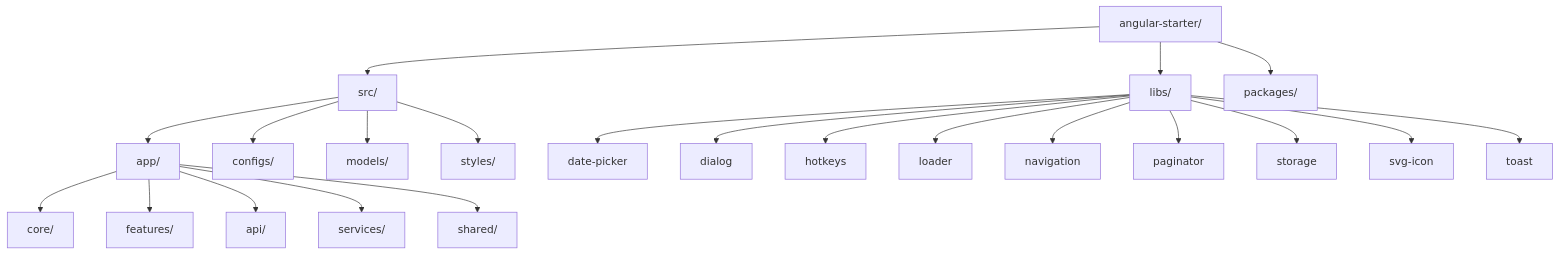
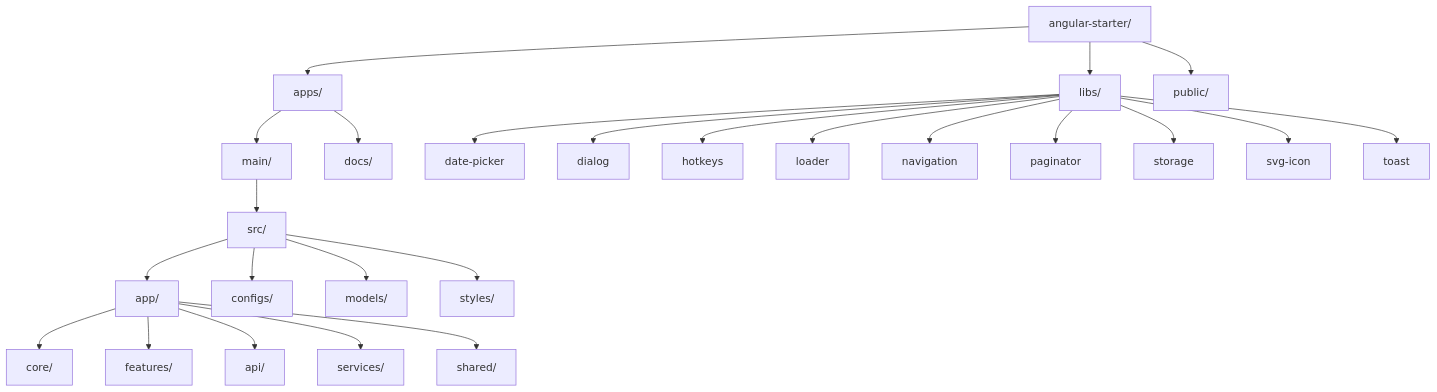
The diagram in .agents/architect.md (tiendat77/angular-starter), drawn with Mermaid before and after one commit. The commit also changed other lines of this file and 213 other files, not shown here.

Commit message:
refactor(workspace): 📦 move applications into apps/main and apps/docs

````diff
--- a/.agents/architect.md
+++ b/.agents/architect.md
@@ -23,27 +23,31 @@
 ```mermaid
 graph TD
-    Root[angular-starter/] --> Src[src/]
+    Root[angular-starter/] --> Apps[apps/]
     Root --> Libs[libs/]
-    Root --> Packages[packages/]
+    Root --> Public[public/]
 
+    Apps --> Main[main/]
+    Apps --> Docs[docs/]
+
+    Main --> Src[src/]
     Src --> App[app/]
     Src --> Configs[configs/]
     Src --> Models[models/]
     Src --> Styles[styles/]
 
     App --> Core[core/]
     App --> Features[features/]
     App --> Api[api/]
     App --> Services[services/]
     App --> Shared[shared/]
 
     Libs --> DatePicker[date-picker]
     Libs --> Dialog[dialog]
     Libs --> Hotkeys[hotkeys]
     Libs --> Loader[loader]
     Libs --> Navigation[navigation]
     Libs --> Paginator[paginator]
     Libs --> Storage[storage]
     Libs --> SVGIcon[svg-icon]
     Libs --> Toast[toast]
 ```
````
